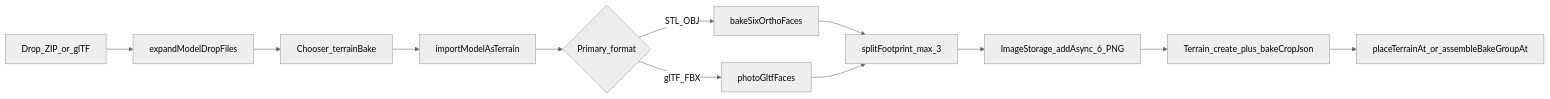
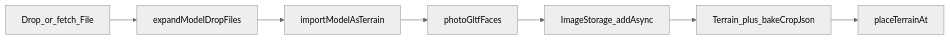
The first of 3 diagrams in docs/research/open3dhk-streetscape-2_5d.md (hktrpg/UdonariumWithFly), drawn with Mermaid (neutral theme) before and after one commit. The commit also changed other lines of this file, not shown here.

````diff
--- a/docs/research/open3dhk-streetscape-2_5d.md
+++ b/docs/research/open3dhk-streetscape-2_5d.md
@@ -46,14 +43,9 @@
 ```mermaid
 flowchart LR
-  drop[Drop_ZIP_or_glTF] --> expand[expandModelDropFiles]
-  expand --> chooser[Chooser_terrainBake]
-  chooser --> import[importModelAsTerrain]
-  import --> path{Primary_format}
-  path -->|STL_OBJ| ortho[bakeSixOrthoFaces]
-  path -->|glTF_FBX| photo[photoGltfFaces]
-  ortho --> boxes[splitFootprint_max_3]
-  photo --> boxes
-  boxes --> imgs[ImageStorage_addAsync_6_PNG]
-  imgs --> terr[Terrain_create_plus_bakeCropJson]
-  terr --> place[placeTerrainAt_or_assembleBakeGroupAt]
+  drop[Drop_or_fetch_File] --> expand[expandModelDropFiles]
+  expand --> import[importModelAsTerrain]
+  import --> photo[photoGltfFaces]
+  photo --> imgs[ImageStorage_addAsync]
+  imgs --> terr[Terrain_plus_bakeCropJson]
+  terr --> place[placeTerrainAt]
 ```
````
